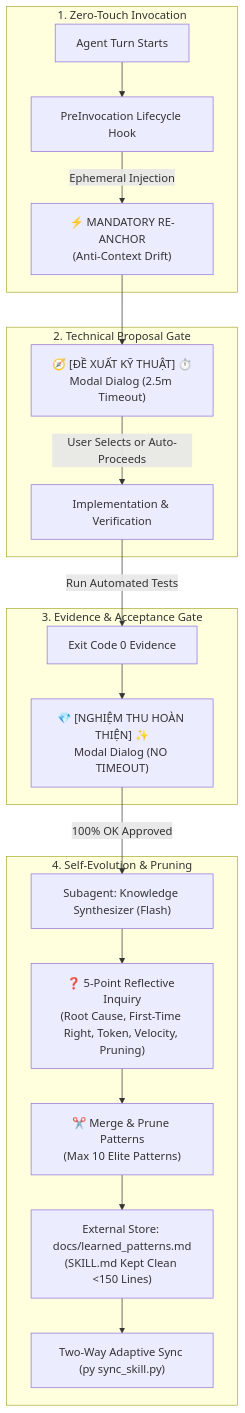
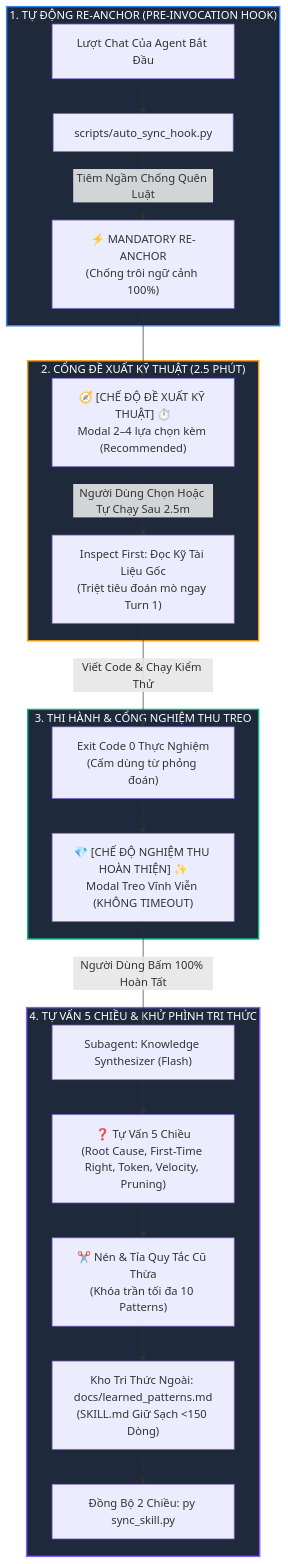
One commit to kenshinzx89/antigravity-lean-teamwork changed the diagram in README.md. Above: the diagram before and after it, drawn with Mermaid. The commit also changed other lines of this file, not shown here.

Commit message:
docs: refine positioning as ABS brake for Gemini 3.7/3.8 and upgrade architecture diagram with Archify styling

````diff
--- a/README.md
+++ b/README.md
@@ -61,25 +61,30 @@
 ```mermaid
 flowchart TD
-    subgraph INVOCATION ["1. Zero-Touch Invocation"]
-        A[Agent Turn Starts] --> B[PreInvocation Lifecycle Hook]
-        B -->|Ephemeral Injection| C["⚡ MANDATORY RE-ANCHOR<br/>(Anti-Context Drift)"]
+    subgraph INVOCATION ["1. TỰ ĐỘNG RE-ANCHOR (PRE-INVOCATION HOOK)"]
+        A[Lượt Chat Của Agent Bắt Đầu] --> B[scripts/auto_sync_hook.py]
+        B -->|Tiêm Ngầm Chống Quên Luật| C["⚡ MANDATORY RE-ANCHOR<br/>(Chống trôi ngữ cảnh 100%)"]
     end
 
-    subgraph PROPOSAL ["2. Technical Proposal Gate"]
-        C --> D["🧭 [ĐỀ XUẤT KỸ THUẬT] ⏱️<br/>Modal Dialog (2.5m Timeout)"]
-        D -->|User Selects or Auto-Proceeds| E[Implementation & Verification]
+    subgraph PROPOSAL ["2. CỔNG ĐỀ XUẤT KỸ THUẬT (2.5 PHÚT)"]
+        C --> D["🧭 [CHẾ ĐỘ ĐỀ XUẤT KỸ THUẬT] ⏱️<br/>Modal 2–4 lựa chọn kèm (Recommended)"]
+        D -->|Người Dùng Chọn Hoặc Tự Chạy Sau 2.5m| E["Inspect First: Đọc Kỹ Tài Liệu Gốc<br/>(Triệt tiêu đoán mò ngay Turn 1)"]
     end
 
-    subgraph VERIFICATION ["3. Evidence & Acceptance Gate"]
-        E -->|Run Automated Tests| F["Exit Code 0 Evidence"]
-        F --> G["💎 [NGHIỆM THU HOÀN THIỆN] ✨<br/>Modal Dialog (NO TIMEOUT)"]
+    subgraph VERIFICATION ["3. THI HÀNH & CỔNG NGHIỆM THU TREO"]
+        E -->|Viết Code & Chạy Kiểm Thử| F["Exit Code 0 Thực Nghiệm<br/>(Cấm dùng từ phỏng đoán)"]
+        F --> G["💎 [CHẾ ĐỘ NGHIỆM THU HOÀN THIỆN] ✨<br/>Modal Treo Vĩnh Viễn (KHÔNG TIMEOUT)"]
     end
 
-    subgraph EVOLUTION ["4. Self-Evolution & Pruning"]
-        G -->|100% OK Approved| H["Subagent: Knowledge Synthesizer (Flash)"]
-        H --> I["❓ 5-Point Reflective Inquiry<br/>(Root Cause, First-Time Right, Token, Velocity, Pruning)"]
-        I --> J["✂️ Merge & Prune Patterns<br/>(Max 10 Elite Patterns)"]
-        J --> K["External Store: docs/learned_patterns.md<br/>(SKILL.md Kept Clean <150 Lines)"]
-        K --> L["Two-Way Adaptive Sync (py sync_skill.py)"]
+    subgraph EVOLUTION ["4. TỰ VẤN 5 CHIỀU & KHỬ PHÌNH TRI THỨC"]
+        G -->|Người Dùng Bấm 100% Hoàn Tất| H["Subagent: Knowledge Synthesizer (Flash)"]
+        H --> I["❓ Tự Vấn 5 Chiều<br/>(Root Cause, First-Time Right, Token, Velocity, Pruning)"]
+        I --> J["✂️ Nén & Tỉa Quy Tắc Cũ Thừa<br/>(Khóa trần tối đa 10 Patterns)"]
+        J --> K["Kho Tri Thức Ngoài: docs/learned_patterns.md<br/>(SKILL.md Giữ Sạch <150 Dòng)"]
+        K --> L["Đồng Bộ 2 Chiều: py sync_skill.py"]
     end
+
+    style INVOCATION fill:#1e293b,stroke:#3b82f6,stroke-width:2px,color:#fff
+    style PROPOSAL fill:#1e293b,stroke:#f59e0b,stroke-width:2px,color:#fff
+    style VERIFICATION fill:#1e293b,stroke:#10b981,stroke-width:2px,color:#fff
+    style EVOLUTION fill:#1e293b,stroke:#8b5cf6,stroke-width:2px,color:#fff
 ```
````
